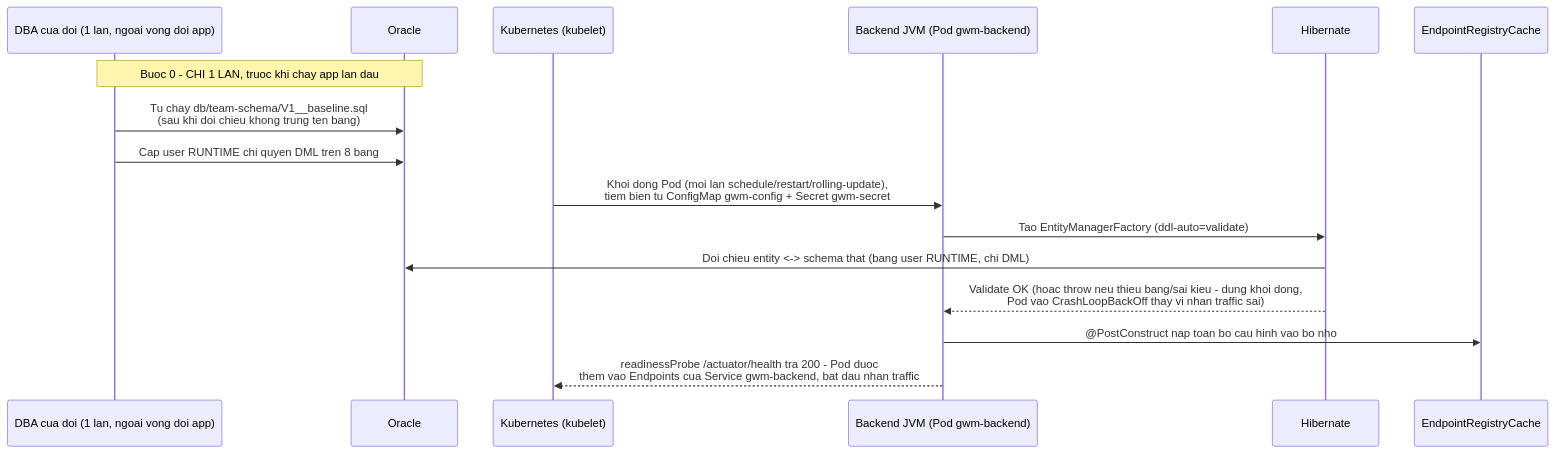
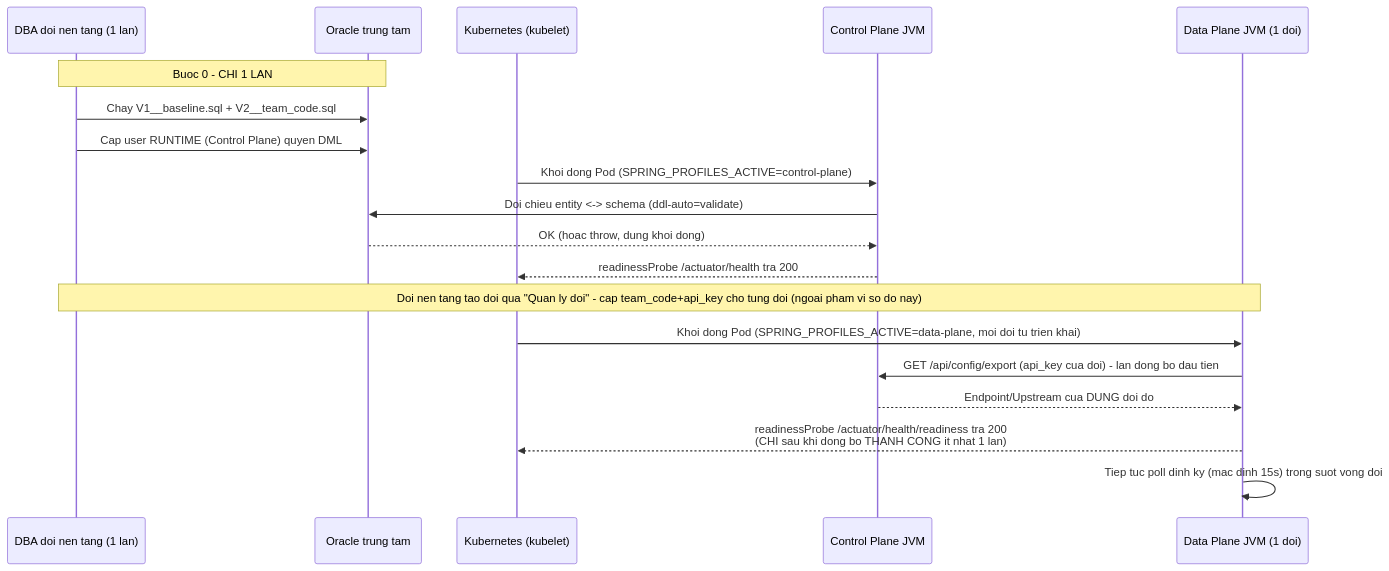
One commit to namlt24/product_4.0_02082026 changed the fifth of 6 diagrams in krakend-gateway-manager/docs/SAD-Gateway-Manager.md. Above: the diagram before and after it, drawn with Mermaid. The commit also changed other lines of this file and 33 other files, not shown here.

````diff
--- a/krakend-gateway-manager/docs/SAD-Gateway-Manager.md
+++ b/krakend-gateway-manager/docs/SAD-Gateway-Manager.md
@@ -309,20 +300,25 @@
 ```mermaid
 sequenceDiagram
-    participant DBA as DBA cua doi (1 lan, ngoai vong doi app)
-    participant O as Oracle
+    participant DBA as DBA doi nen tang (1 lan)
+    participant O as Oracle trung tam
     participant K as Kubernetes (kubelet)
-    participant B as Backend JVM (Pod gwm-backend)
-    participant H as Hibernate
-    participant R as EndpointRegistryCache
+    participant CP as Control Plane JVM
+    participant DP as Data Plane JVM (1 doi)
 
-    Note over DBA,O: Buoc 0 - CHI 1 LAN, truoc khi chay app lan dau
-    DBA->>O: Tu chay db/team-schema/V1__baseline.sql<br/>(sau khi doi chieu khong trung ten bang)
-    DBA->>O: Cap user RUNTIME chi quyen DML tren 8 bang
+    Note over DBA,O: Buoc 0 - CHI 1 LAN
+    DBA->>O: Chay V1__baseline.sql + V2__team_code.sql
+    DBA->>O: Cap user RUNTIME (Control Plane) quyen DML
 
-    K->>B: Khoi dong Pod (moi lan schedule/restart/rolling-update),<br/>tiem bien tu ConfigMap gwm-config + Secret gwm-secret
-    B->>H: Tao EntityManagerFactory (ddl-auto=validate)
-    H->>O: Doi chieu entity <-> schema that (bang user RUNTIME, chi DML)
-    H-->>B: Validate OK (hoac throw neu thieu bang/sai kieu - dung khoi dong,<br/>Pod vao CrashLoopBackOff thay vi nhan traffic sai)
-    B->>R: @PostConstruct nap toan bo cau hinh vao bo nho
-    B-->>K: readinessProbe /actuator/health tra 200 - Pod duoc<br/>them vao Endpoints cua Service gwm-backend, bat dau nhan traffic
+    K->>CP: Khoi dong Pod (SPRING_PROFILES_ACTIVE=control-plane)
+    CP->>O: Doi chieu entity <-> schema (ddl-auto=validate)
+    O-->>CP: OK (hoac throw, dung khoi dong)
+    CP-->>K: readinessProbe /actuator/health tra 200
+
+    Note over DBA,DP: Doi nen tang tao doi qua "Quan ly doi" - cap team_code+api_key cho tung doi (ngoai pham vi so do nay)
+
+    K->>DP: Khoi dong Pod (SPRING_PROFILES_ACTIVE=data-plane, moi doi tu trien khai)
+    DP->>CP: GET /api/config/export (api_key cua doi) - lan dong bo dau tien
+    CP-->>DP: Endpoint/Upstream cua DUNG doi do
+    DP-->>K: readinessProbe /actuator/health/readiness tra 200<br/>(CHI sau khi dong bo THANH CONG it nhat 1 lan)
+    DP->>DP: Tiep tuc poll dinh ky (mac dinh 15s) trong suot vong doi
 ```
````
